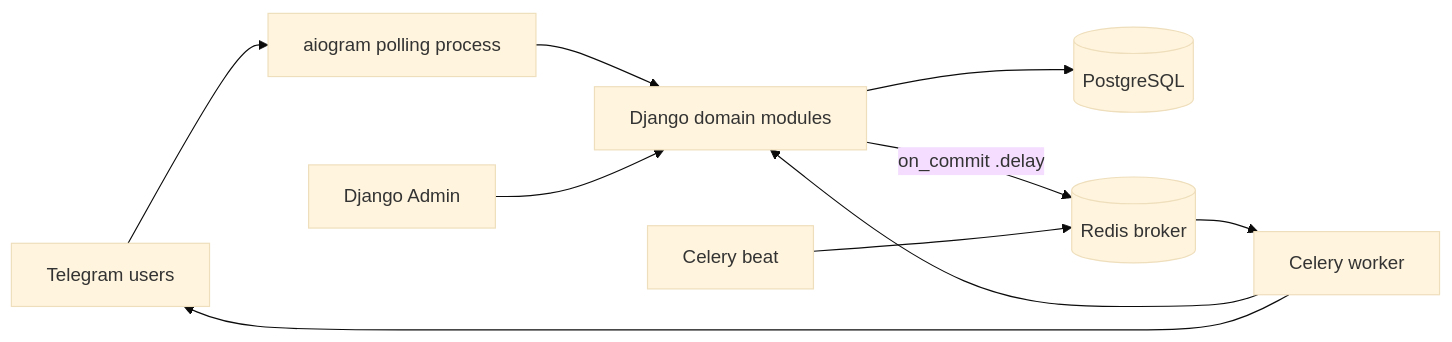
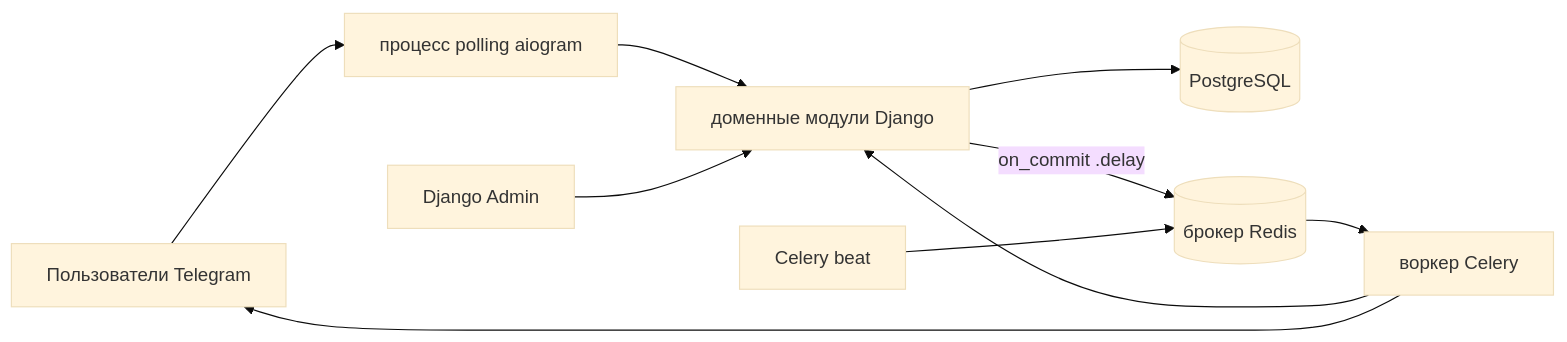
One commit to Key-pi/tableos changed the diagram in docs/architecture/AS_IS_ARCHITECTURE.md. Above: the diagram before and after it, drawn with Mermaid (base theme). The commit also changed other lines of this file and 7 other files, not shown here.

First line of the commit message:
docs(ru): architecture documents in Russian

````diff
--- a/docs/architecture/AS_IS_ARCHITECTURE.md
+++ b/docs/architecture/AS_IS_ARCHITECTURE.md
@@ -22,12 +22,12 @@
 ```mermaid
 flowchart LR
-  TG[Telegram users] --> BOT[aiogram polling process]
-  BOT --> DJ[Django domain modules]
+  TG[Пользователи Telegram] --> BOT[процесс polling aiogram]
+  BOT --> DJ[доменные модули Django]
   ADMIN[Django Admin] --> DJ
   DJ --> PG[(PostgreSQL)]
-  DJ -->|on_commit .delay| REDIS[(Redis broker)]
+  DJ -->|on_commit .delay| REDIS[(брокер Redis)]
   BEAT[Celery beat] --> REDIS
-  REDIS --> CELERY[Celery worker]
+  REDIS --> CELERY[воркер Celery]
   CELERY --> DJ
   CELERY --> TG
 ```
````
